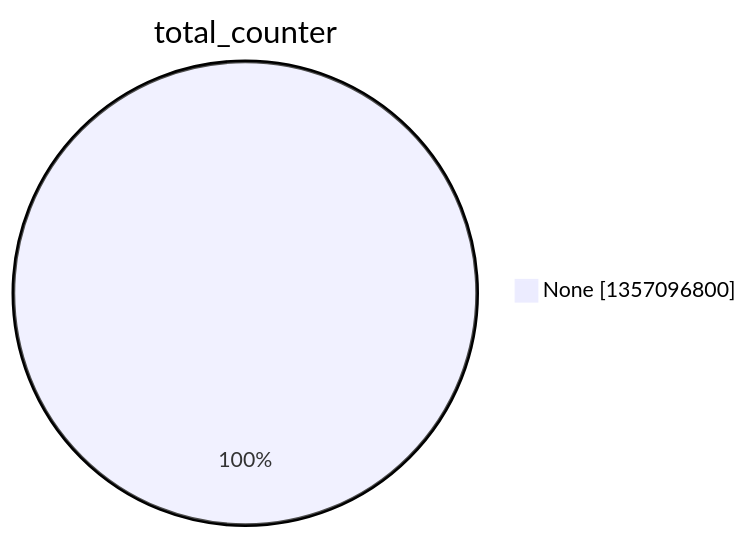
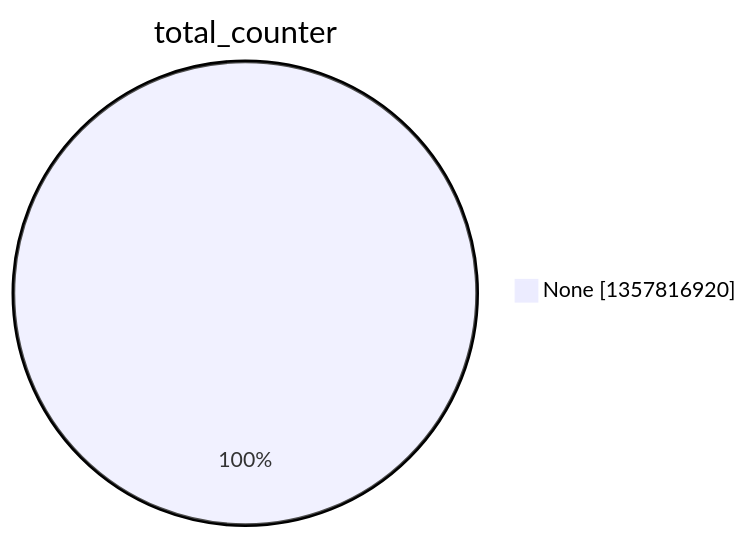
One commit to christiankrug/ctmonitor_visualization changed the second of 15 diagrams in argon2022/README.md. Above: the diagram before and after it, drawn with Mermaid. The commit also changed other lines of this file, not shown here.

````diff
--- a/argon2022/README.md
+++ b/argon2022/README.md
@@ -9,5 +9,5 @@
 ```mermaid
 pie showData
 title total_counter
-"None" :1357096800
+"None" :1357816920
 ```
````
